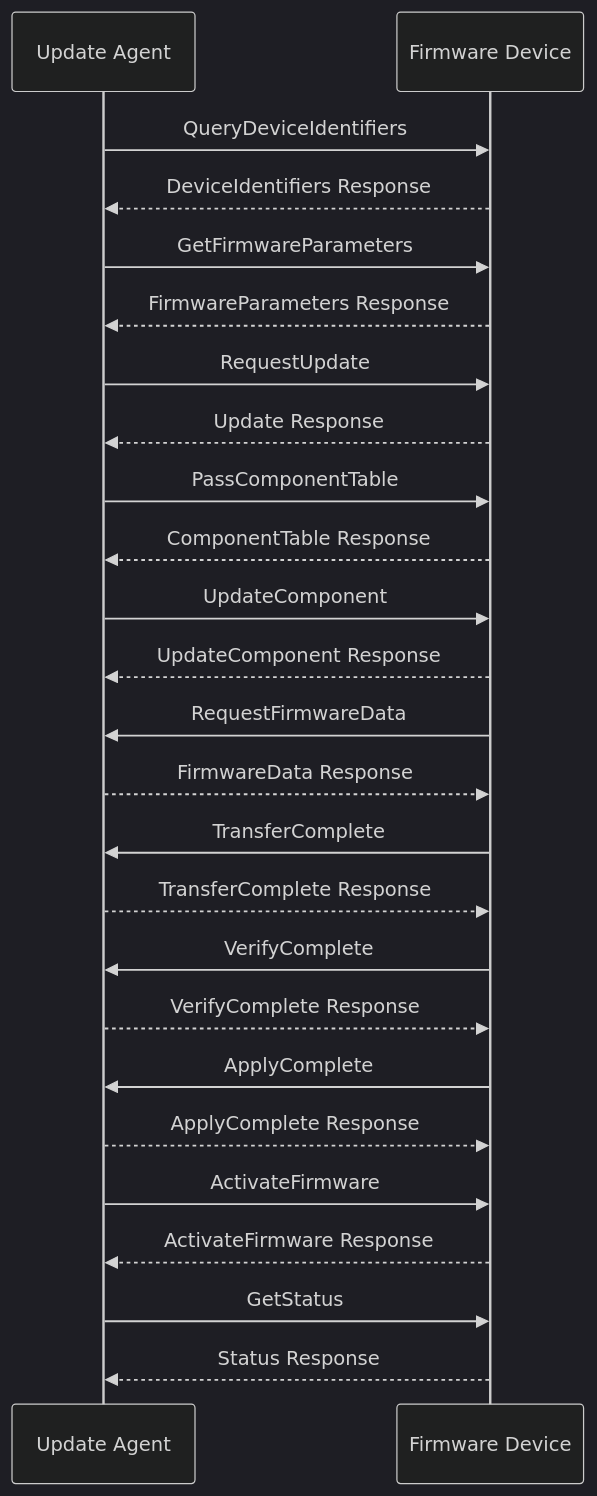
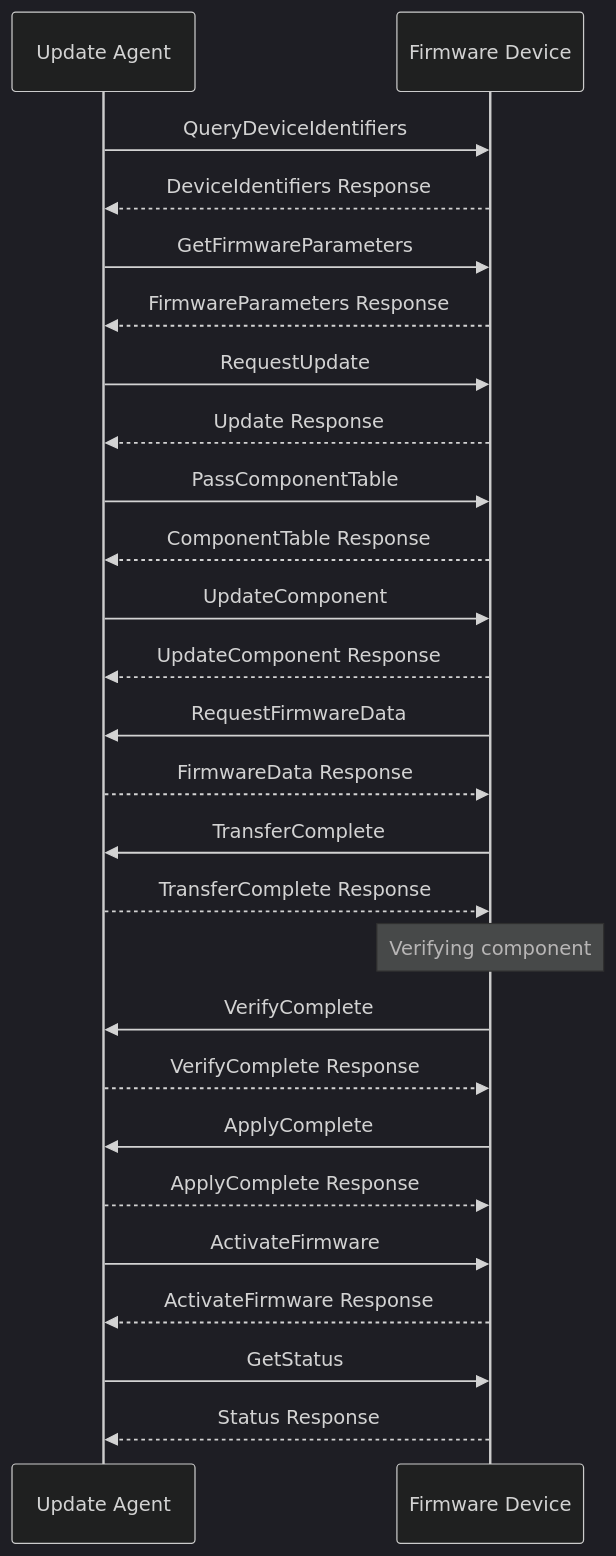
The second of 2 diagrams in docs/src/pldm.md (chipsalliance/caliptra-mcu-sw), drawn with Mermaid (dark theme) before and after one commit. The commit also changed other lines of this file, not shown here.

````diff
--- a/docs/src/pldm.md
+++ b/docs/src/pldm.md
@@ -110,28 +110,28 @@
 ```mermaid
 sequenceDiagram
     participant UA as Update Agent
     participant FD as Firmware Device
     UA->>FD: QueryDeviceIdentifiers
     FD-->>UA: DeviceIdentifiers Response
     UA->>FD: GetFirmwareParameters
     FD-->>UA: FirmwareParameters Response
     UA->>FD: RequestUpdate
     FD-->>UA: Update Response
     UA->>FD: PassComponentTable
     FD-->>UA: ComponentTable Response
     UA->>FD: UpdateComponent
     FD-->>UA: UpdateComponent Response
     FD->>UA: RequestFirmwareData
     UA-->>FD: FirmwareData Response
-
     FD->>UA: TransferComplete
     UA-->>FD: TransferComplete Response
+    Note over FD: Verifying component
     FD->>UA: VerifyComplete
     UA-->>FD: VerifyComplete Response
     FD->>UA: ApplyComplete
     UA-->>FD: ApplyComplete Response
     UA->>FD: ActivateFirmware
     FD-->>UA: ActivateFirmware Response
     UA->>FD: GetStatus
     FD-->>UA: Status Response
 ```
````
